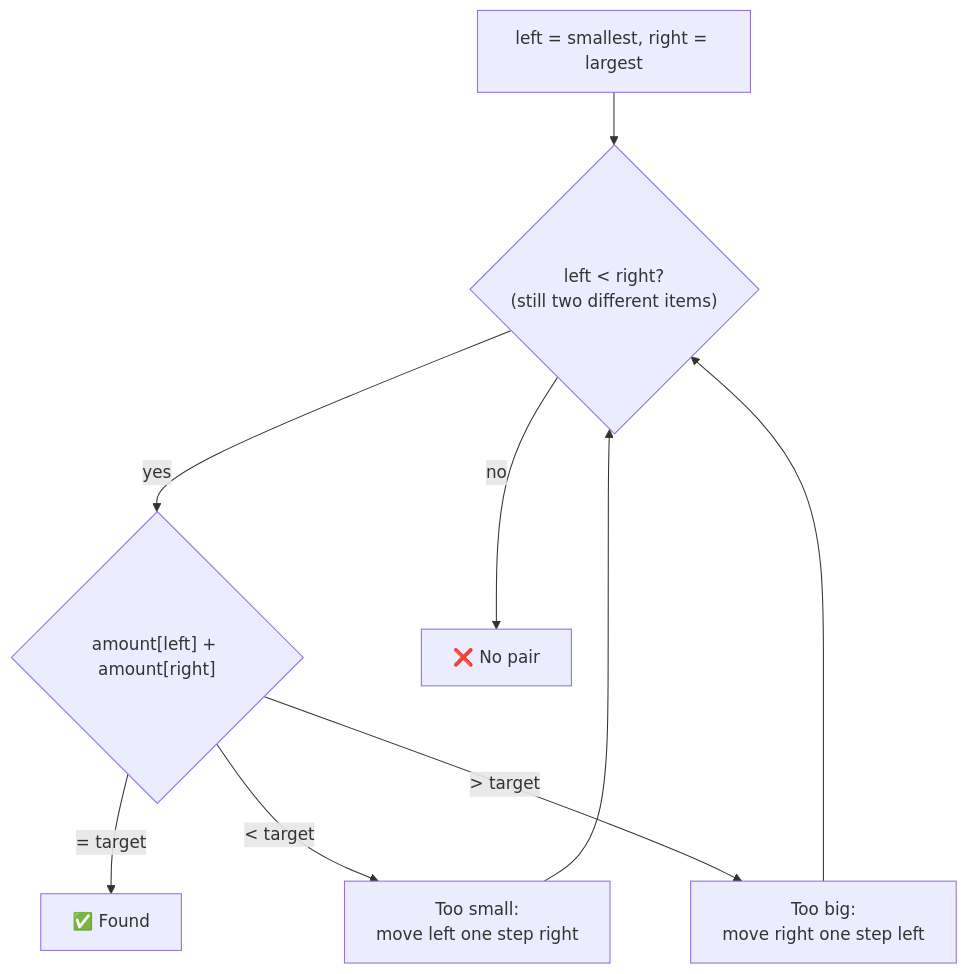
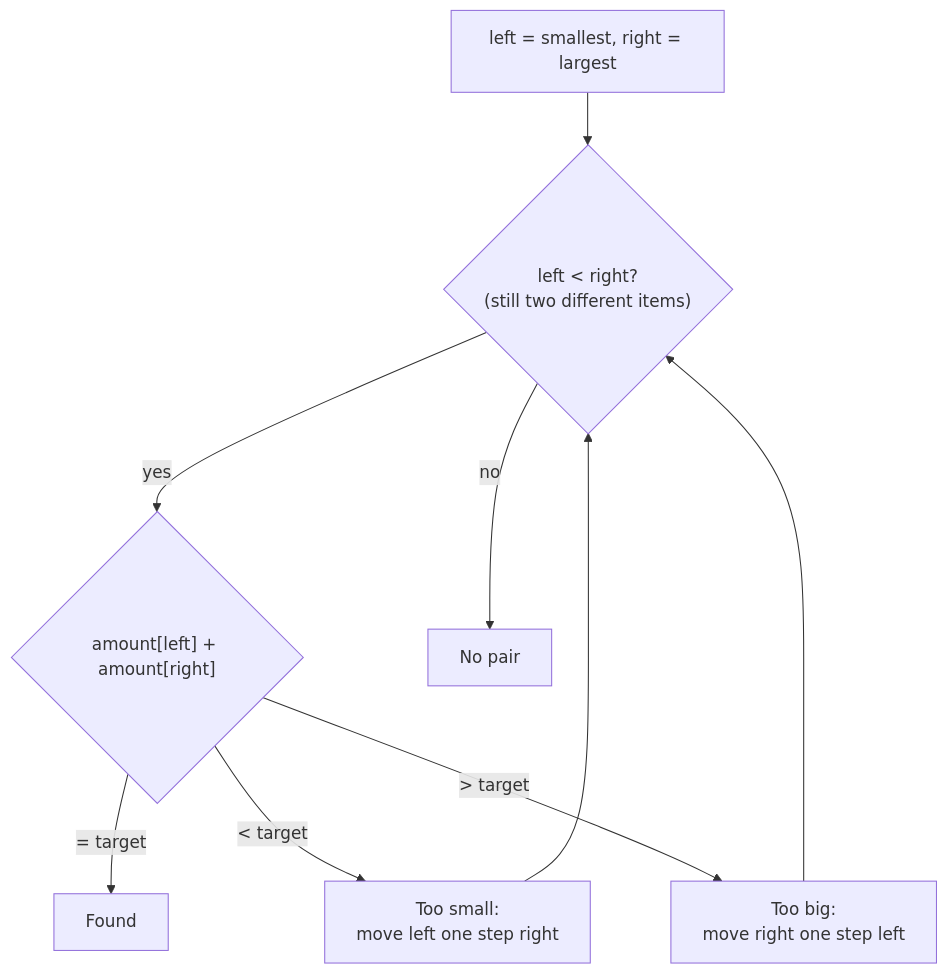
One commit to callasalvatore/csharp-algorithms changed the fifth of 11 diagrams in lessons/01-two-sum/README.md. Above: the diagram before and after it, drawn with Mermaid. The commit also changed other lines of this file and 4 other files, not shown here.

````diff
--- a/lessons/01-two-sum/README.md
+++ b/lessons/01-two-sum/README.md
@@ -196,11 +169,11 @@
 ```mermaid
 flowchart TB
     S["left = smallest, right = largest"] --> E{"left < right?<br/>(still two different items)"}
     E -->|yes| C{"amount[left] + amount[right]"}
-    E -->|no| N["❌ No pair"]
-    C -->|"= target"| F["✅ Found"]
+    E -->|no| N["No pair"]
+    C -->|"= target"| F["Found"]
     C -->|"< target"| L["Too small:<br/>move left one step right"]
     C -->|"> target"| R["Too big:<br/>move right one step left"]
     L --> E
     R --> E
 ```
````
